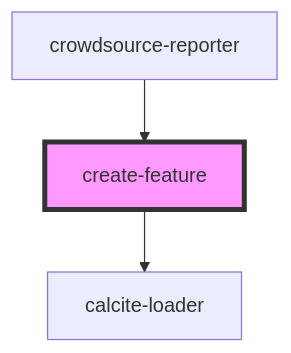
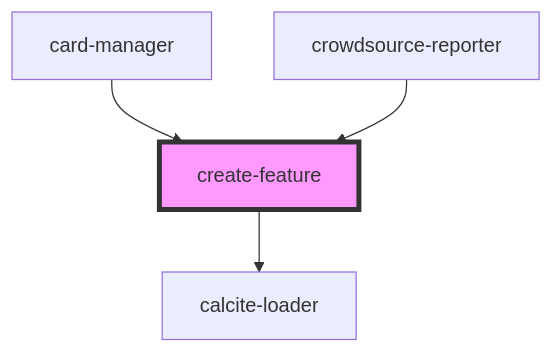
One commit to Esri/solutions-components changed the diagram in src/components/create-feature/readme.md. Above: the diagram before and after it, drawn with Mermaid. The commit also changed other lines of this file and 122 other files, not shown here.

````diff
--- a/src/components/create-feature/readme.md
+++ b/src/components/create-feature/readme.md
@@ -83,6 +85,7 @@
 ```mermaid
 graph TD;
   create-feature --> calcite-loader
+  card-manager --> create-feature
   crowdsource-reporter --> create-feature
   style create-feature fill:#f9f,stroke:#333,stroke-width:4px
 ```
````
